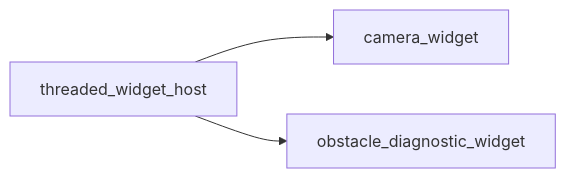
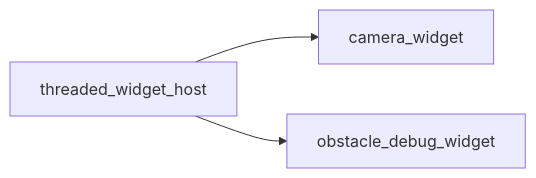
Before and after one commit to kasper-szczerba/acs_wiki: the second of 2 diagrams in docs/codebase/namespaces/gui/implementations/threaded_widget_host.md, drawn with Mermaid. The commit also changed other lines of this file and 22 other files, not shown here.

````diff
--- a/docs/codebase/namespaces/gui/implementations/threaded_widget_host.md
+++ b/docs/codebase/namespaces/gui/implementations/threaded_widget_host.md
@@ -29,6 +29,6 @@
 ```mermaid
 graph LR
     threaded_widget_host["threaded_widget_host"]
     threaded_widget_host["threaded_widget_host"] --> camera_widget["camera_widget"]
-    threaded_widget_host["threaded_widget_host"] --> obstacle_diagnostic_widget["obstacle_diagnostic_widget"]
+    threaded_widget_host["threaded_widget_host"] --> obstacle_debug_widget["obstacle_debug_widget"]
 ```
````
